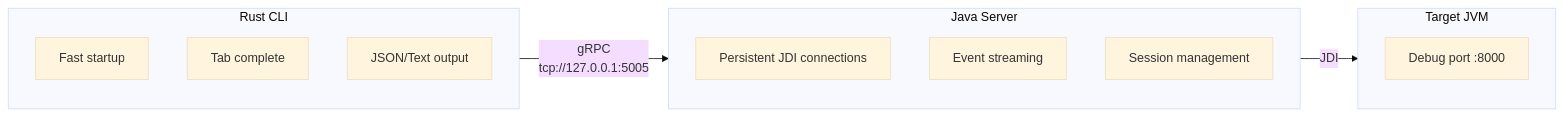
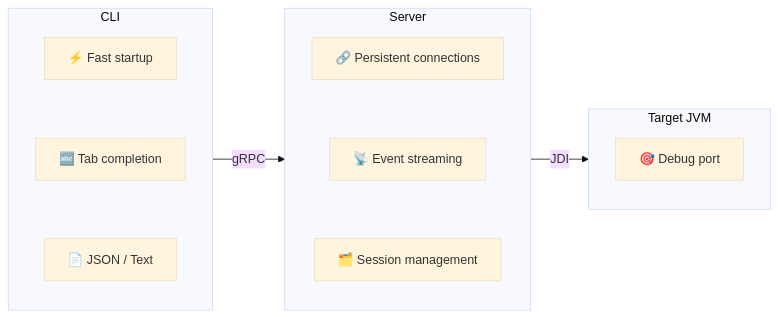
Before and after one commit to PavingLayer/jdbg: the diagram in README.md, drawn with Mermaid (base theme). The commit also changed other lines of this file and 11 other files, not shown here.

````diff
--- a/README.md
+++ b/README.md
@@ -21,21 +23,25 @@
 ```mermaid
 flowchart LR
-    subgraph CLI["Rust CLI"]
-        C1[Fast startup]
-        C2[Tab complete]
-        C3[JSON/Text output]
+    subgraph CLI["CLI"]
+        direction TB
+        C1["⚡ Fast startup"]
+        C2["🔤 Tab completion"]
+        C3["📄 JSON / Text"]
+        C1 ~~~ C2 ~~~ C3
     end
 
-    subgraph Server["Java Server"]
-        S1[Persistent JDI connections]
-        S2[Event streaming]
-        S3[Session management]
+    subgraph Server["Server"]
+        direction TB
+        S1["🔗 Persistent connections"]
+        S2["📡 Event streaming"]
+        S3["🗂️ Session management"]
+        S1 ~~~ S2 ~~~ S3
     end
 
     subgraph Target["Target JVM"]
-        T1[Debug port :8000]
+        T1["🎯 Debug port"]
     end
 
-    CLI -->|gRPC\ntcp://127.0.0.1:5005| Server
-    Server -->|JDI| Target
+    CLI -->|"gRPC"| Server
+    Server -->|"JDI"| Target
 ```
````
